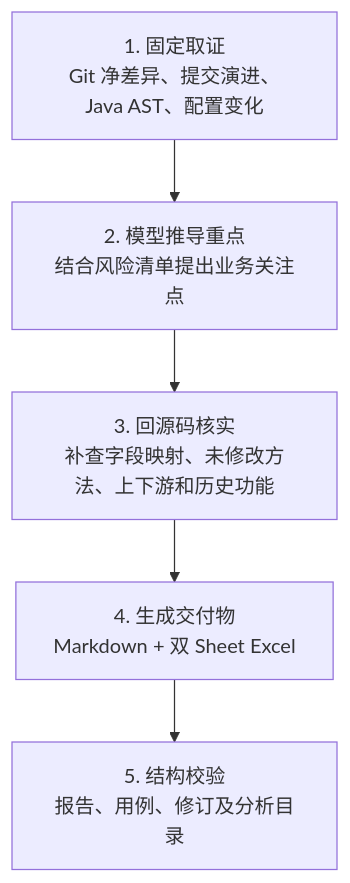
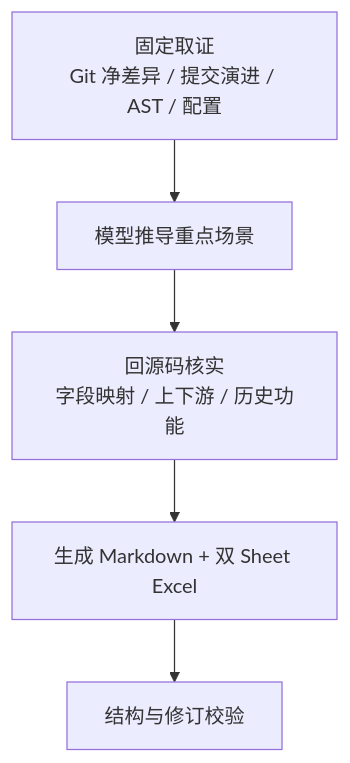
The diagram in diff-list/README.md (lalala8462/skills), drawn with Mermaid before and after one commit. The commit also changed other lines of this file, not shown here.

````diff
--- a/diff-list/README.md
+++ b/diff-list/README.md
@@ -9,9 +9,9 @@
 ```mermaid
 flowchart TD
-    A["1. 固定取证<br/>Git 净差异、提交演进、Java AST、配置变化"]
-    B["2. 模型推导重点<br/>结合风险清单提出业务关注点"]
-    C["3. 回源码核实<br/>补查字段映射、未修改方法、上下游和历史功能"]
-    D["4. 生成交付物<br/>Markdown + 双 Sheet Excel"]
-    E["5. 结构校验<br/>报告、用例、修订及分析目录"]
+    A["固定取证<br/>Git 净差异 / 提交演进 / AST / 配置"]
+    B["模型推导重点场景"]
+    C["回源码核实<br/>字段映射 / 上下游 / 历史功能"]
+    D["生成 Markdown + 双 Sheet Excel"]
+    E["结构与修订校验"]
     A --> B --> C --> D --> E
 ```
````
